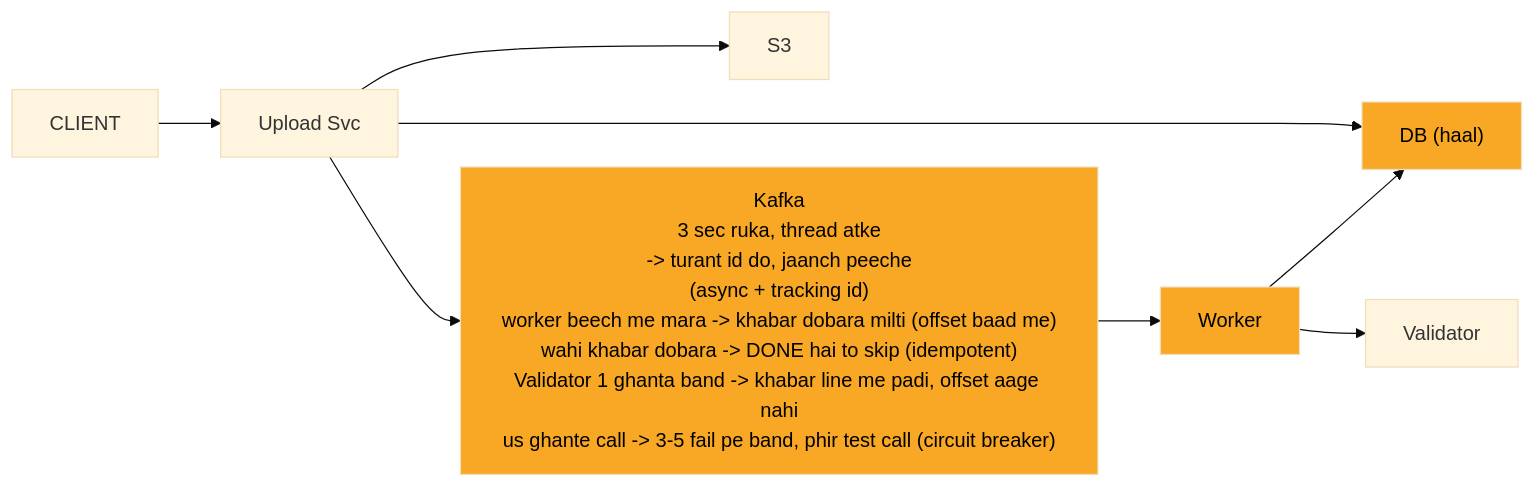
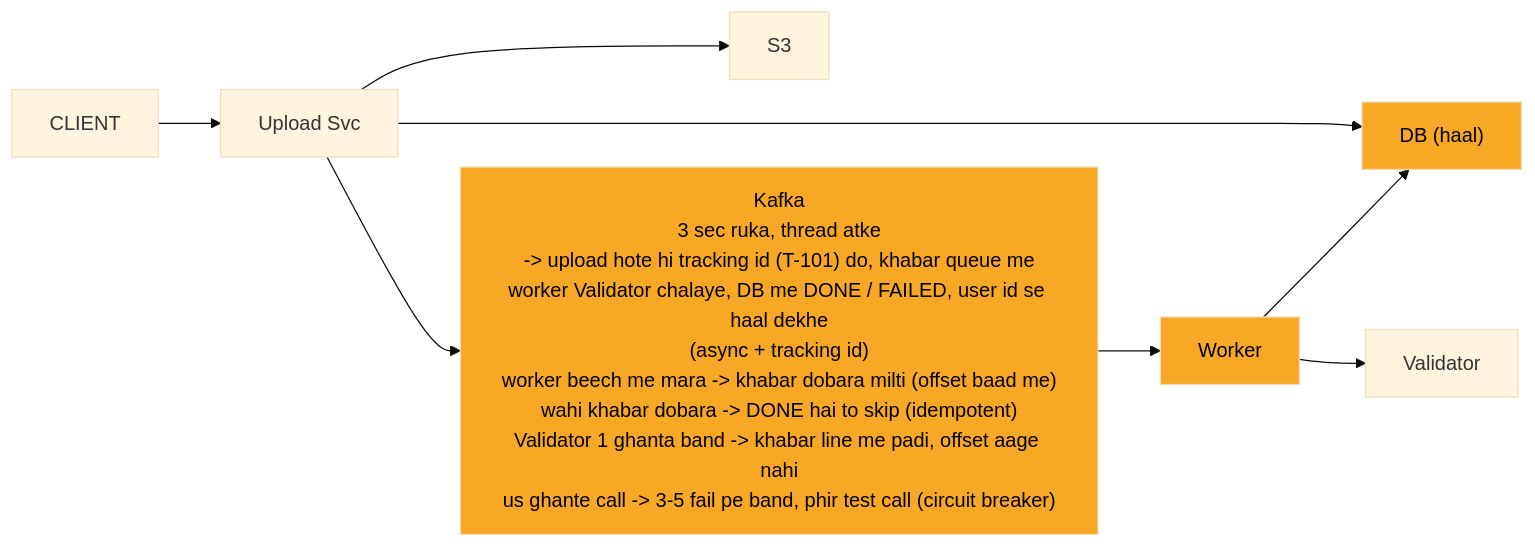
Before and after one commit to ArpanMaheshwari144/Prep: the second of 11 diagrams in 04_HLD/SYSTEM_DESIGNS/07_file_upload_validate_system/07_file_upload_INTERVIEW.md, drawn with Mermaid (base theme). The commit also changed other lines of this file and 13 other files, not shown here.

````diff
--- a/04_HLD/SYSTEM_DESIGNS/07_file_upload_validate_system/07_file_upload_INTERVIEW.md
+++ b/04_HLD/SYSTEM_DESIGNS/07_file_upload_validate_system/07_file_upload_INTERVIEW.md
@@ -84,21 +88,21 @@
 ```mermaid
 %%{init: {"flowchart": {"wrappingWidth": 450}}}%%
 flowchart LR
     n_CLIENT["CLIENT"]
     n_Upload_Svc["Upload Svc"]
     n_DB["DB (haal)"]
     n_S3["S3"]
-    n_Kafka["Kafka<br/>3 sec ruka, thread atke<br/>-> turant id do, jaanch peeche<br/>(async + tracking id)<br/>worker beech me mara -> khabar dobara milti (offset baad me)<br/>wahi khabar dobara -> DONE hai to skip (idempotent)<br/>Validator 1 ghanta band -> khabar line me padi, offset aage nahi<br/>us ghante call -> 3-5 fail pe band, phir test call (circuit breaker)"]
+    n_Kafka["Kafka<br/>3 sec ruka, thread atke<br/>-> upload hote hi tracking id (T-101) do, khabar queue me<br/>worker Validator chalaye, DB me DONE / FAILED, user id se haal dekhe<br/>(async + tracking id)<br/>worker beech me mara -> khabar dobara milti (offset baad me)<br/>wahi khabar dobara -> DONE hai to skip (idempotent)<br/>Validator 1 ghanta band -> khabar line me padi, offset aage nahi<br/>us ghante call -> 3-5 fail pe band, phir test call (circuit breaker)"]
     n_Worker["Worker"]
     n_Validator["Validator"]
     n_CLIENT --> n_Upload_Svc
     n_Upload_Svc --> n_DB
     n_Upload_Svc --> n_S3
     n_Upload_Svc --> n_Kafka
     n_Kafka --> n_Worker
     n_Worker --> n_Validator
     n_Worker --> n_DB
     style n_Kafka fill:#f9a825,color:#000
     style n_Worker fill:#f9a825,color:#000
     style n_DB fill:#f9a825,color:#000
 ```
````
